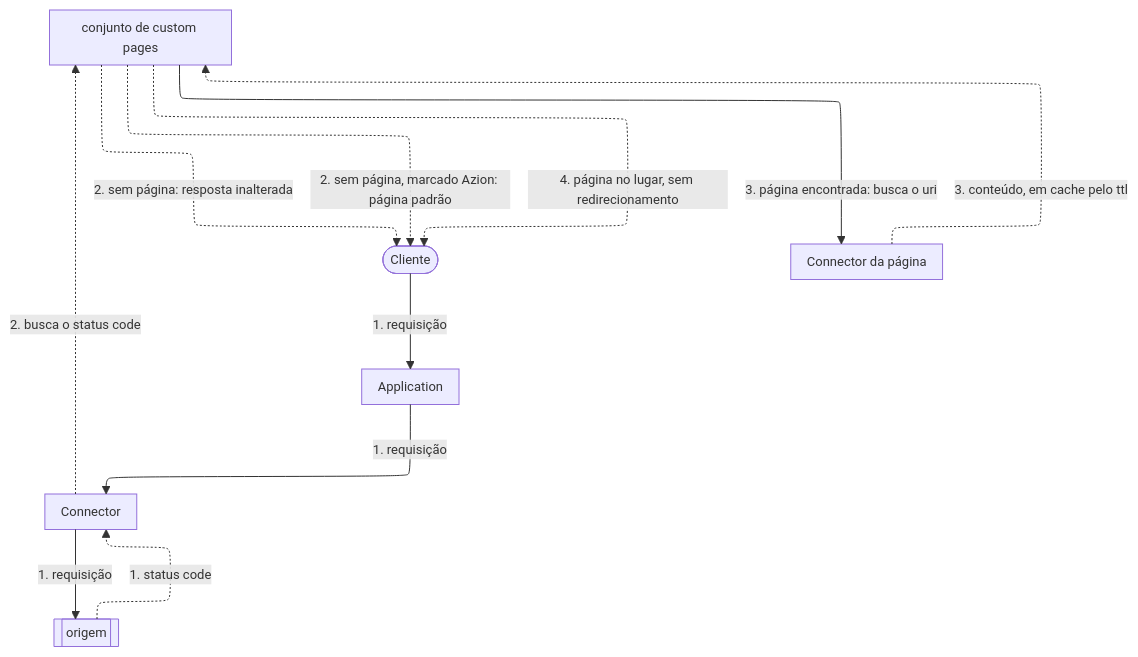
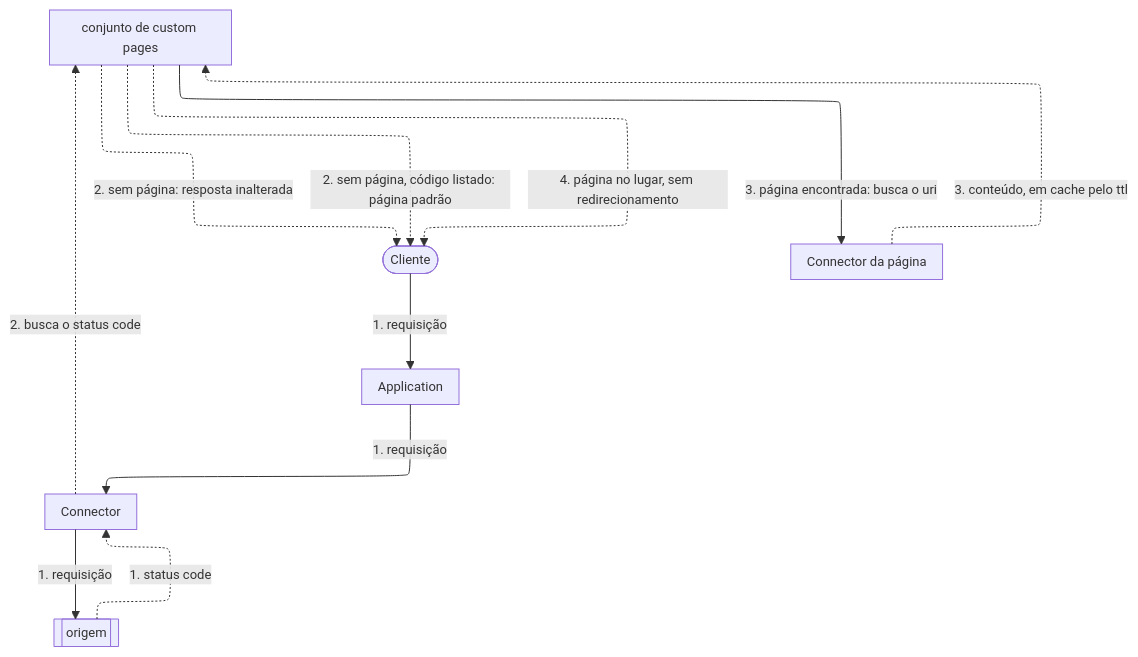
One commit to aziontech/docs changed the fourth of 5 diagrams in apps/docs/src/content/docs/pt-br/pages/secure/workloads/como-funciona.mdx. Above: the diagram before and after it, drawn with Mermaid. The commit also changed other lines of this file and 13 other files, not shown here.

````diff
--- a/apps/docs/src/content/docs/pt-br/pages/secure/workloads/como-funciona.mdx
+++ b/apps/docs/src/content/docs/pt-br/pages/secure/workloads/como-funciona.mdx
@@ -252,20 +252,20 @@
 ```mermaid
 %%{init: {"layout": "elk", "elk": {"preset": "modelOrder", "keepEntryNodeOnTop": true}, "themeVariables": {"fontSize": "13px"}, "flowchart": {"nodeSpacing": 24, "rankSpacing": 36, "padding": 8, "wrappingWidth": 150, "useMaxWidth": true}, "sequence": {"width": 120, "actorMargin": 30, "useMaxWidth": true}}}%%
 flowchart TD
   Client(["Cliente"])
   App["Application"]
   Conn["Connector"]
   Origin[["origem"]]
   Set["conjunto de custom pages"]
   PConn["Connector da página"]
   Client -->|"1. requisição"| App
   App -->|"1. requisição"| Conn
   Conn -->|"1. requisição"| Origin
   Origin -.->|"1. status code"| Conn
   Conn -.->|"2. busca o status code"| Set
   Set -.->|"2. sem página: resposta inalterada"| Client
-  Set -.->|"2. sem página, marcado Azion: página padrão"| Client
+  Set -.->|"2. sem página, código listado: página padrão"| Client
   Set -->|"3. página encontrada: busca o uri"| PConn
   PConn -.->|"3. conteúdo, em cache pelo ttl"| Set
   Set -.->|"4. página no lugar, sem redirecionamento"| Client
 ```
````
